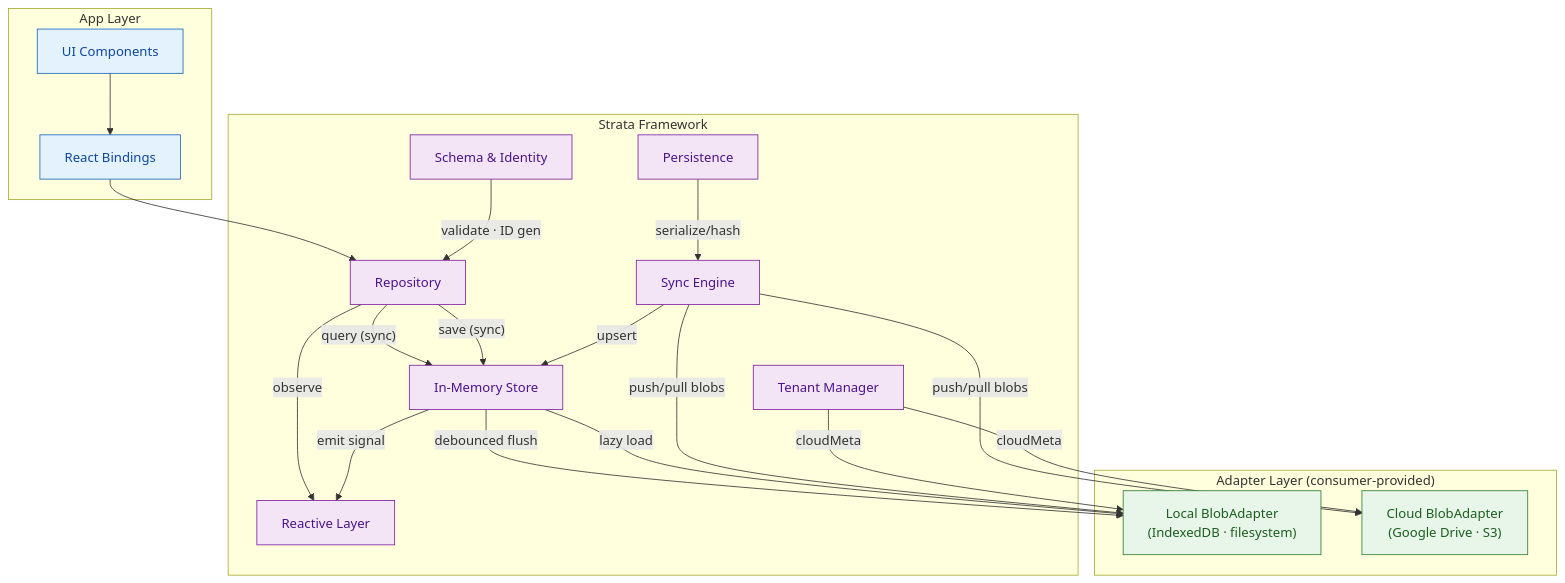
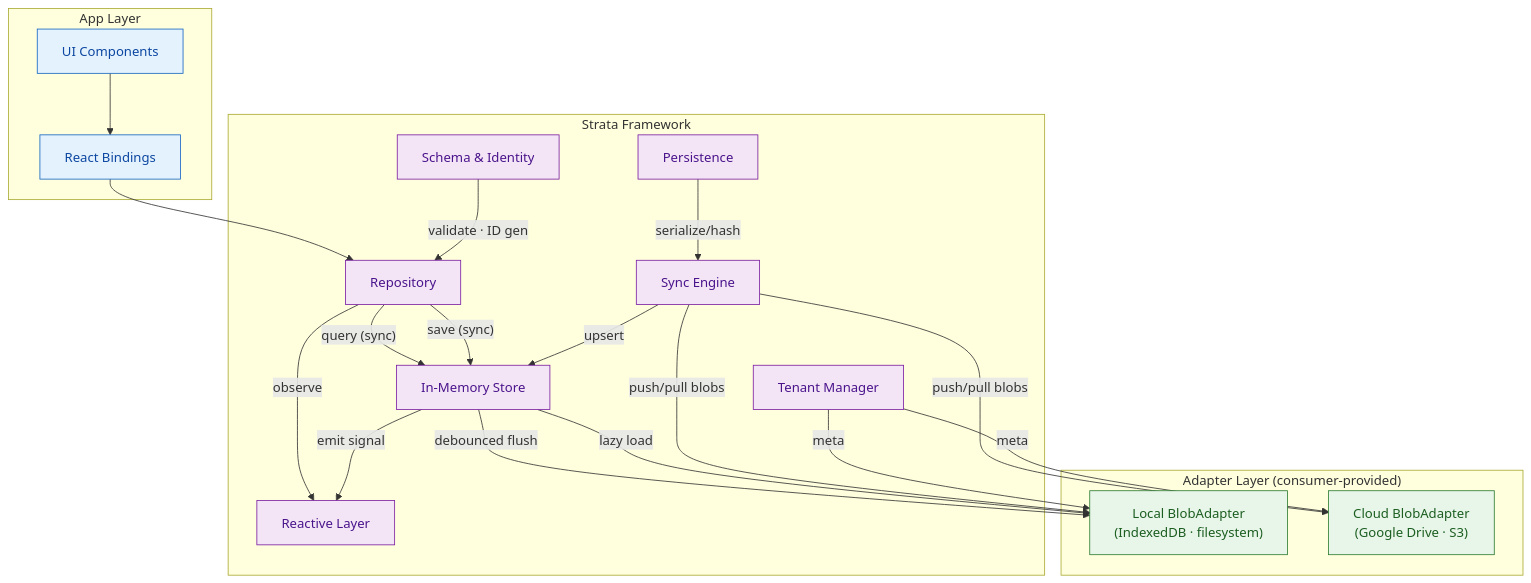
One commit to abhayjatindoshi/strata-data-sync changed the second of 2 diagrams in docs/architecture.md. Above: the diagram before and after it, drawn with Mermaid. The commit also changed other lines of this file and 59 other files, not shown here.

First line of the commit message:
Refactor tenant-related code to replace 'cloudMeta' with 'meta' for consistency across tests

````diff
--- a/docs/architecture.md
+++ b/docs/architecture.md
@@ -125,50 +125,50 @@
 ```mermaid
 graph TB
     subgraph APP["App Layer"]
         UI["UI Components"]
         REACT["React Bindings"]
     end
 
     subgraph STRATA["Strata Framework"]
         REPO["Repository"]
         STORE["In-Memory Store"]
         REACTIVE["Reactive Layer"]
         SYNC["Sync Engine"]
         PERSIST["Persistence"]
         SCHEMA["Schema & Identity"]
         TENANT["Tenant Manager"]
     end
 
     subgraph ADAPTERS["Adapter Layer (consumer-provided)"]
         LOCAL["Local BlobAdapter<br/>(IndexedDB · filesystem)"]
         CLOUD["Cloud BlobAdapter<br/>(Google Drive · S3)"]
     end
 
     UI --> REACT
     REACT --> REPO
 
     REPO -->|"query (sync)"| STORE
     REPO -->|"save (sync)"| STORE
     REPO -->|"observe"| REACTIVE
 
     STORE -->|"debounced flush"| LOCAL
     STORE -->|"lazy load"| LOCAL
     STORE -->|"emit signal"| REACTIVE
 
     SYNC -->|"push/pull blobs"| LOCAL
     SYNC -->|"push/pull blobs"| CLOUD
     SYNC -->|"upsert"| STORE
 
     PERSIST -->|"serialize/hash"| SYNC
     SCHEMA -->|"validate · ID gen"| REPO
-    TENANT -->|"cloudMeta"| LOCAL
-    TENANT -->|"cloudMeta"| CLOUD
+    TENANT -->|"meta"| LOCAL
+    TENANT -->|"meta"| CLOUD
 
     classDef app fill:#E3F2FD,stroke:#1565C0,color:#0D47A1
     classDef framework fill:#F3E5F5,stroke:#7B1FA2,color:#4A148C
     classDef adapter fill:#E8F5E9,stroke:#2E7D32,color:#1B5E20
 
     class UI,REACT app
     class REPO,STORE,REACTIVE,SYNC,PERSIST,SCHEMA,TENANT framework
     class LOCAL,CLOUD adapter
 ```
````
